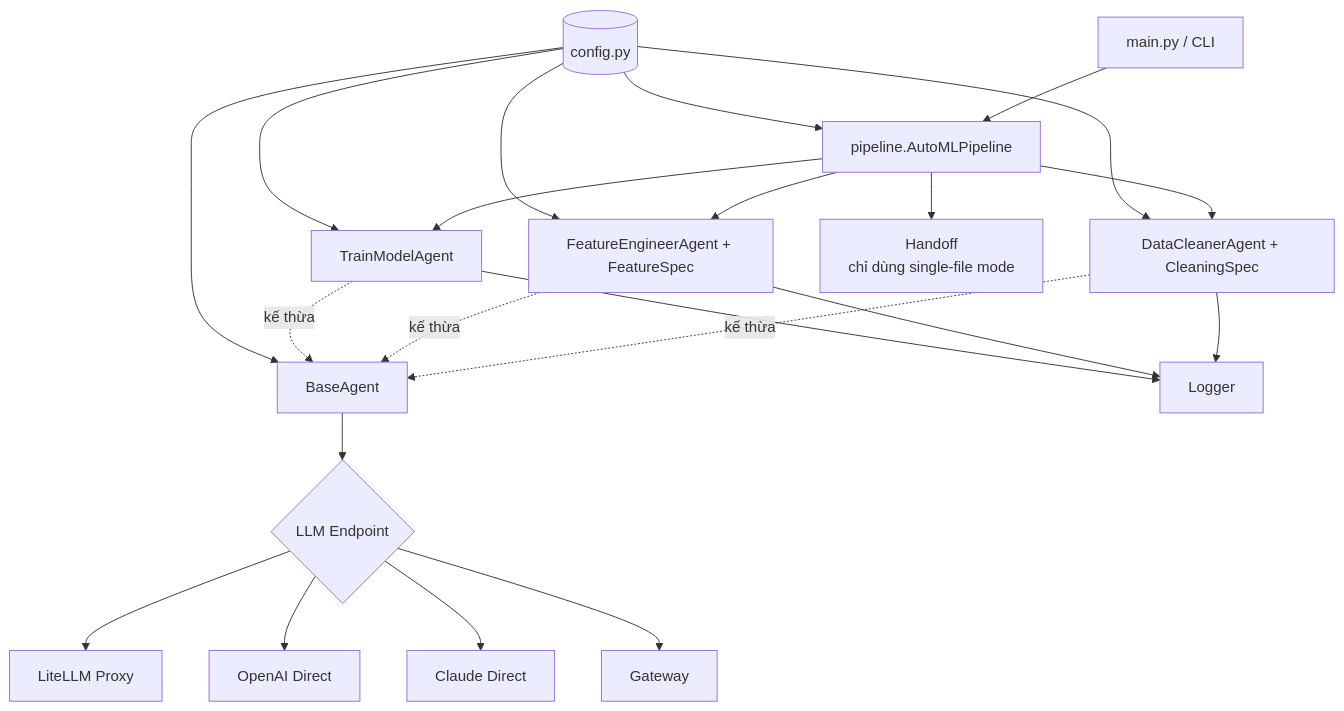
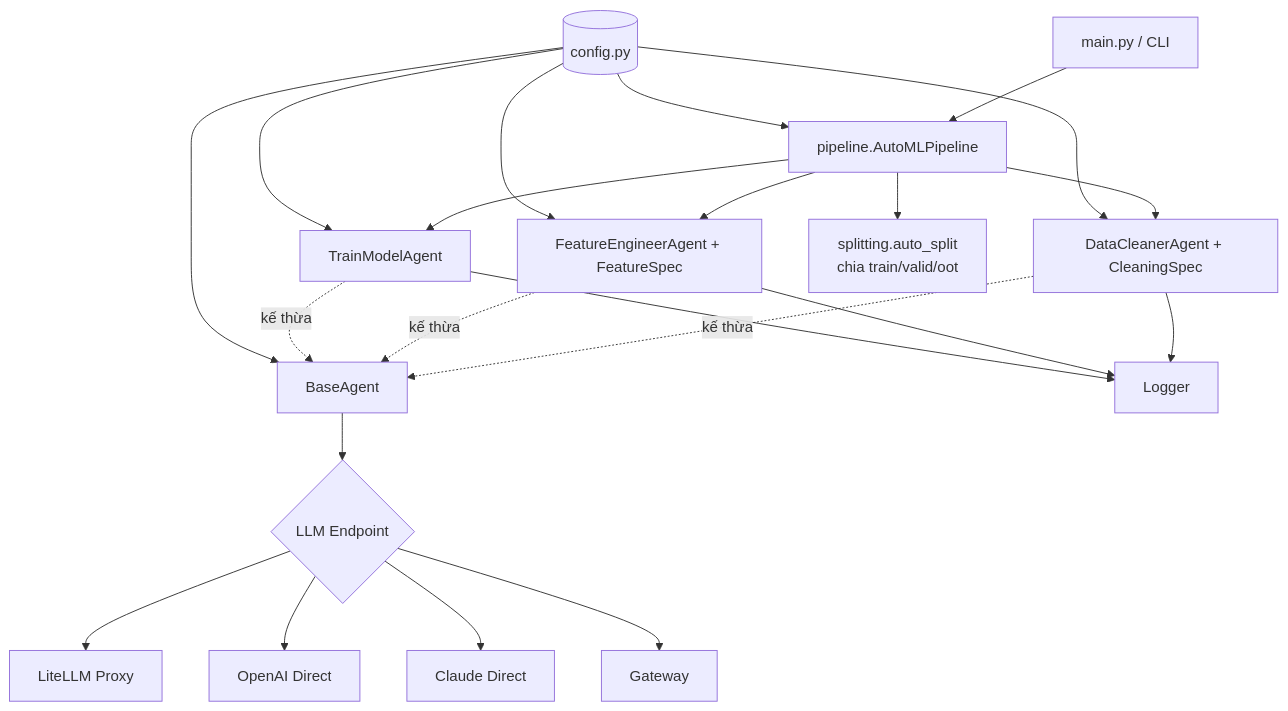
Before and after one commit to baongoc83/Multi-Agent-Auto-ML_NB: the first of 26 diagrams in docs/architecture.md, drawn with Mermaid. The commit also changed other lines of this file and 35 other files, not shown here.

````diff
--- a/docs/architecture.md
+++ b/docs/architecture.md
@@ -67,28 +67,28 @@
 ```mermaid
 flowchart TD
     Main[main.py / CLI] --> Pipe[pipeline.AutoMLPipeline]
     Pipe --> A1[DataCleanerAgent + CleaningSpec]
     Pipe --> A2[FeatureEngineerAgent + FeatureSpec]
     Pipe --> A3[TrainModelAgent]
-    Pipe --> HO[Handoff<br/>chỉ dùng single-file mode]
+    Pipe --> SP[splitting.auto_split<br/>chia train/valid/oot]
 
     A1 -.kế thừa.-> Base[BaseAgent]
     A2 -.kế thừa.-> Base
     A3 -.kế thừa.-> Base
 
     Base --> LLM{LLM Endpoint}
     LLM --> Proxy[LiteLLM Proxy]
     LLM --> OAI[OpenAI Direct]
     LLM --> CLD[Claude Direct]
     LLM --> GW[Gateway]
 
     A1 --> Logger
     A2 --> Logger
     A3 --> Logger
 
     Config[(config.py)] --> Base
     Config --> Pipe
     Config --> A1
     Config --> A2
     Config --> A3
 ```
````
